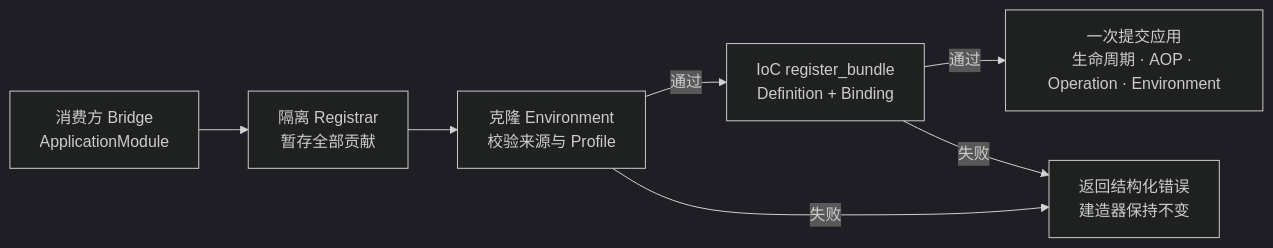
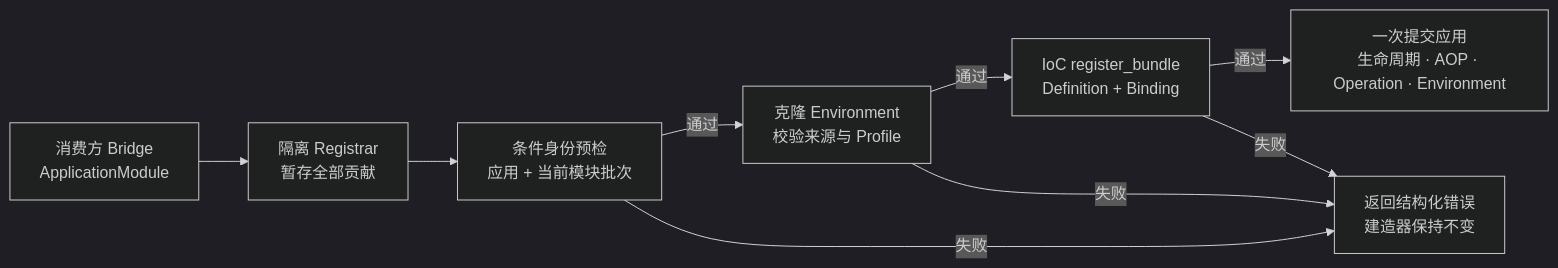
Diagram 12 of 21 in docs/Vernal-Architecture.zh_CN.md (easy-4-rust/vernal), drawn with Mermaid (dark theme) before and after one commit. The commit also changed other lines of this file and 11 other files, not shown here.

````diff
--- a/docs/Vernal-Architecture.zh_CN.md
+++ b/docs/Vernal-Architecture.zh_CN.md
@@ -729,16 +732,19 @@
 ```mermaid
 flowchart LR
     Bridge["消费方 Bridge<br/>ApplicationModule"]
     Stage["隔离 Registrar<br/>暂存全部贡献"]
+    Condition["条件身份预检<br/>应用 + 当前模块批次"]
     Env["克隆 Environment<br/>校验来源与 Profile"]
     Bundle["IoC register_bundle<br/>Definition + Binding"]
     Commit["一次提交应用<br/>生命周期 · AOP · Operation · Environment"]
     Rollback["返回结构化错误<br/>建造器保持不变"]
 
     Bridge --> Stage
-    Stage --> Env
+    Stage --> Condition
+    Condition -->|"通过"| Env
+    Condition -->|"失败"| Rollback
     Env -->|"通过"| Bundle
     Env -->|"失败"| Rollback
     Bundle -->|"通过"| Commit
     Bundle -->|"失败"| Rollback
 ```
````
